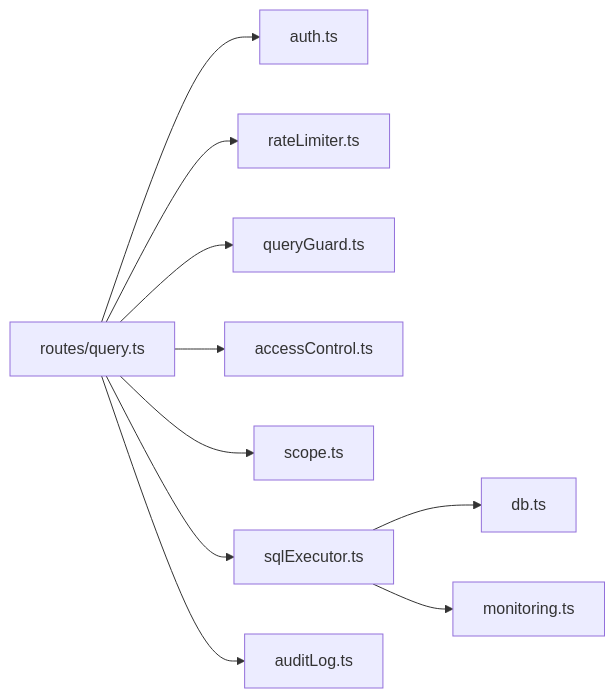
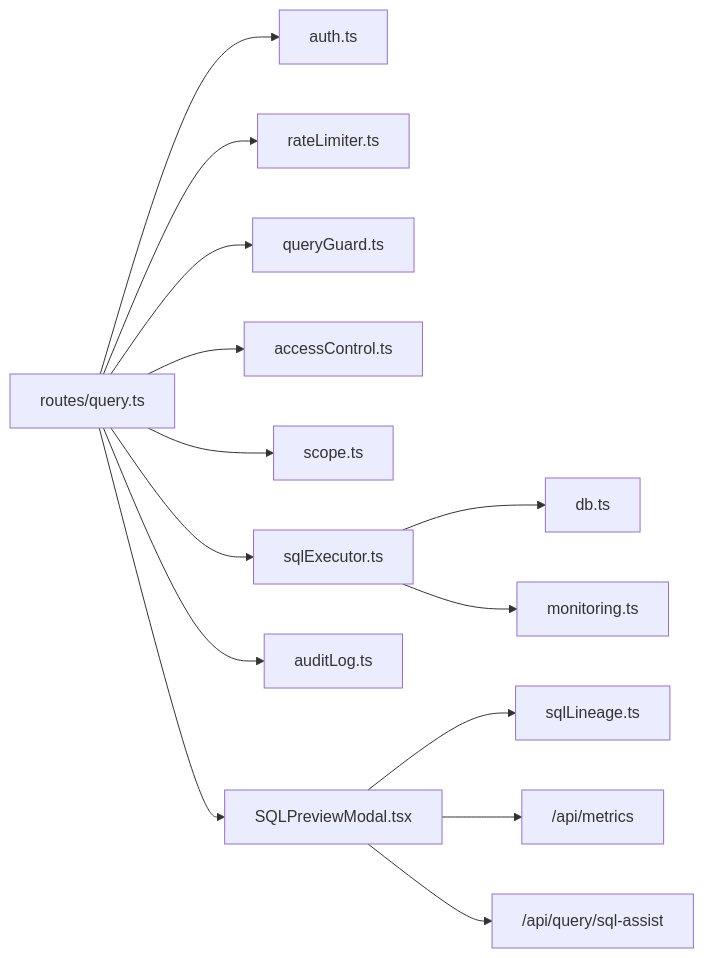
The fourth of 6 diagrams in .qoder/repowiki/zh/content/系统架构/核心组件详解/查询处理引擎/SQL执行器与安全控制.md (dgjin/smart-data-analytics), drawn with Mermaid before and after one commit. The commit also changed other lines of this file and 82 other files, not shown here.

````diff
--- a/.qoder/repowiki/zh/content/系统架构/核心组件详解/查询处理引擎/SQL执行器与安全控制.md
+++ b/.qoder/repowiki/zh/content/系统架构/核心组件详解/查询处理引擎/SQL执行器与安全控制.md
@@ -238,12 +322,16 @@
 ```mermaid
 graph LR
 Routes["routes/query.ts"] --> Auth["auth.ts"]
 Routes --> Rate["rateLimiter.ts"]
 Routes --> Guard["queryGuard.ts"]
 Routes --> ACL["accessControl.ts"]
 Routes --> Scope["scope.ts"]
 Routes --> Exec["sqlExecutor.ts"]
 Exec --> DB["db.ts"]
 Exec --> Mon["monitoring.ts"]
 Routes --> Audit["auditLog.ts"]
+Routes --> Lineage["SQLPreviewModal.tsx"]
+Lineage --> LineageUtils["sqlLineage.ts"]
+Lineage --> Metrics["/api/metrics"]
+Lineage --> SqlAssist["/api/query/sql-assist"]
 ```
````
